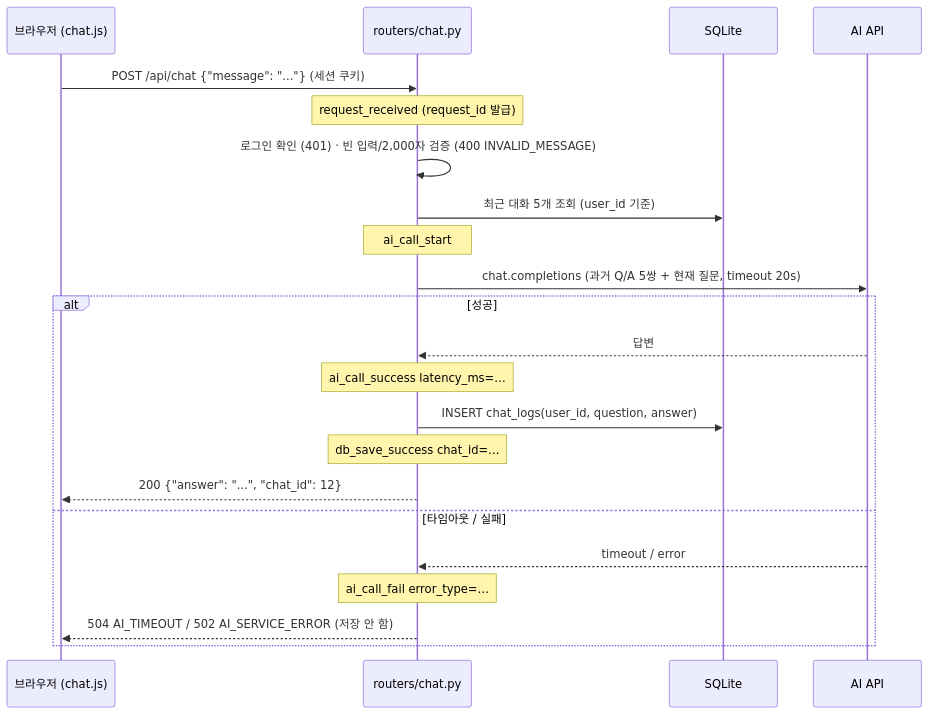
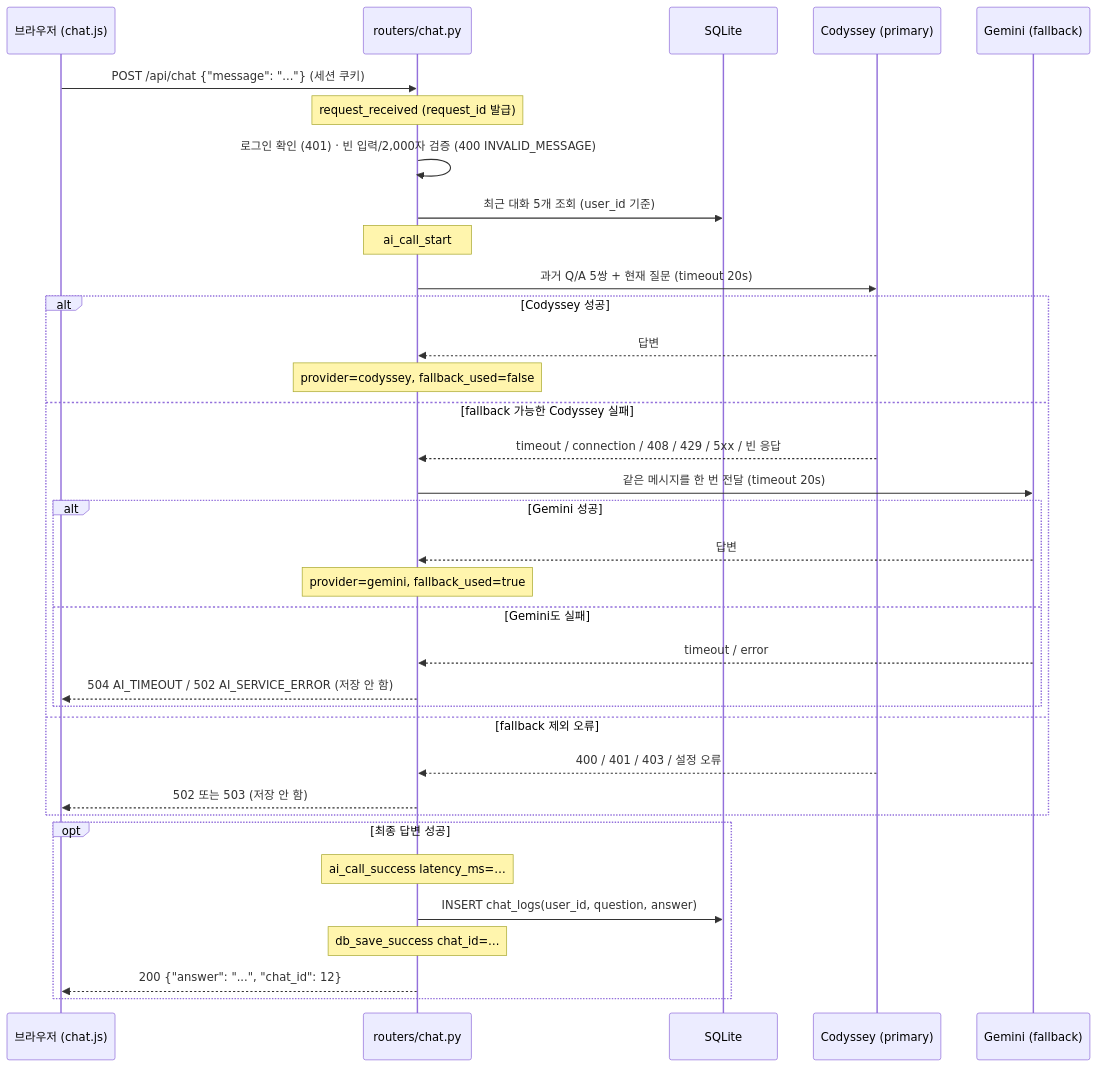
Before and after one commit to Codyssey-AI-Chatbot/Codyssey-AI-Chatbot: the second of 3 diagrams in README.md, drawn with Mermaid. The commit also changed other lines of this file and 1 other file, not shown here.

Commit message:
docs: document Gemini fallback operations

````diff
--- a/README.md
+++ b/README.md
@@ -107,25 +109,38 @@
 ```mermaid
 sequenceDiagram
     participant U as 브라우저 (chat.js)
     participant R as routers/chat.py
     participant DB as SQLite
-    participant AI as AI API
+    participant C as Codyssey (primary)
+    participant G as Gemini (fallback)
 
     U->>R: POST /api/chat {"message": "..."} (세션 쿠키)
     Note over R: request_received (request_id 발급)
     R->>R: 로그인 확인 (401) · 빈 입력/2,000자 검증 (400 INVALID_MESSAGE)
     R->>DB: 최근 대화 5개 조회 (user_id 기준)
     Note over R: ai_call_start
-    R->>AI: chat.completions (과거 Q/A 5쌍 + 현재 질문, timeout 20s)
-    alt 성공
-        AI-->>R: 답변
+    R->>C: 과거 Q/A 5쌍 + 현재 질문 (timeout 20s)
+    alt Codyssey 성공
+        C-->>R: 답변
+        Note over R: provider=codyssey, fallback_used=false
+    else fallback 가능한 Codyssey 실패
+        C-->>R: timeout / connection / 408 / 429 / 5xx / 빈 응답
+        R->>G: 같은 메시지를 한 번 전달 (timeout 20s)
+        alt Gemini 성공
+            G-->>R: 답변
+            Note over R: provider=gemini, fallback_used=true
+        else Gemini도 실패
+            G-->>R: timeout / error
+            R-->>U: 504 AI_TIMEOUT / 502 AI_SERVICE_ERROR (저장 안 함)
+        end
+    else fallback 제외 오류
+        C-->>R: 400 / 401 / 403 / 설정 오류
+        R-->>U: 502 또는 503 (저장 안 함)
+    end
+    opt 최종 답변 성공
         Note over R: ai_call_success latency_ms=…
         R->>DB: INSERT chat_logs(user_id, question, answer)
         Note over R: db_save_success chat_id=…
         R-->>U: 200 {"answer": "...", "chat_id": 12}
-    else 타임아웃 / 실패
-        AI-->>R: timeout / error
-        Note over R: ai_call_fail error_type=…
-        R-->>U: 504 AI_TIMEOUT / 502 AI_SERVICE_ERROR (저장 안 함)
     end
 ```
````
